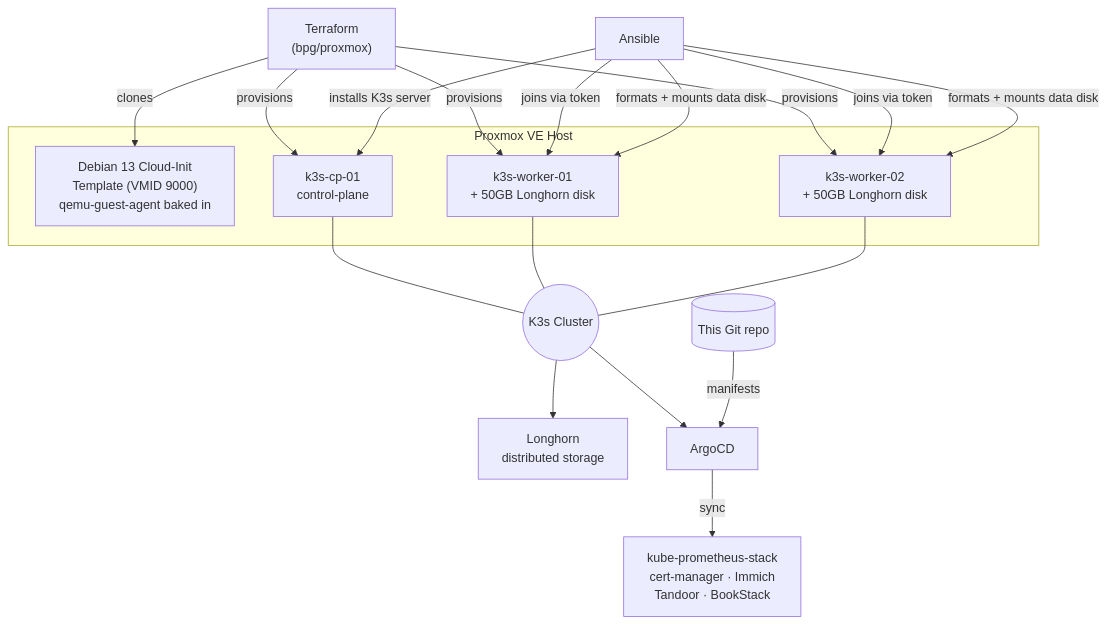
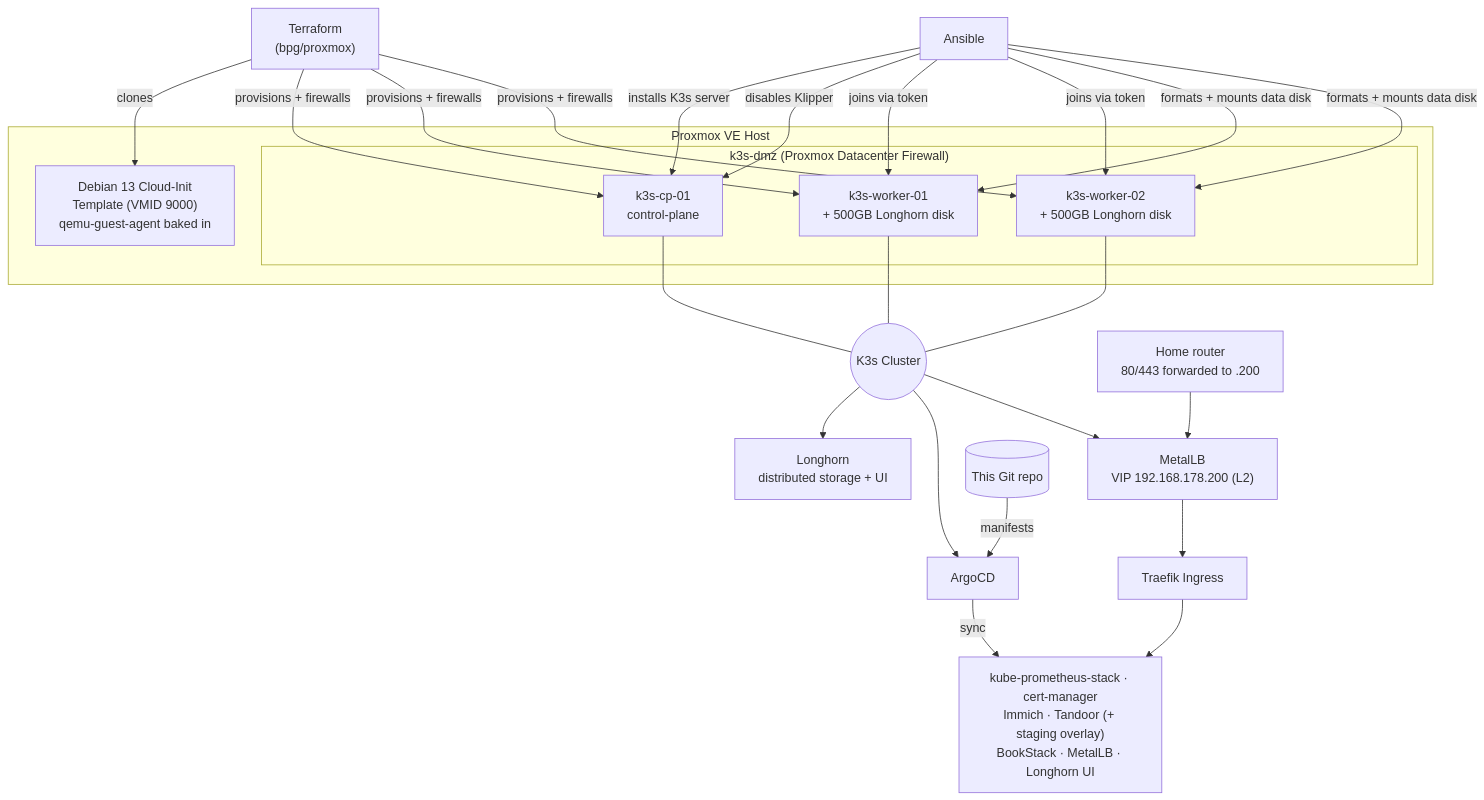
Before and after one commit to MatthiasWeier/remote-devops-lab: the diagram in docs/01-setup-and-runbook.md, drawn with Mermaid. The commit also changed other lines of this file and 2 other files, not shown here.

First line of the commit message:
docs: add cluster auto-doc script and document firewall/MetalLB/staging rollout

````diff
--- a/docs/01-setup-and-runbook.md
+++ b/docs/01-setup-and-runbook.md
@@ -11,30 +11,38 @@
 ```mermaid
 flowchart TB
     subgraph host["Proxmox VE Host"]
         TMPL["Debian 13 Cloud-Init<br/>Template (VMID 9000)<br/>qemu-guest-agent baked in"]
-        CP["k3s-cp-01<br/>control-plane"]
-        W1["k3s-worker-01<br/>+ 50GB Longhorn disk"]
-        W2["k3s-worker-02<br/>+ 50GB Longhorn disk"]
+        subgraph dmz["k3s-dmz (Proxmox Datacenter Firewall)"]
+            CP["k3s-cp-01<br/>control-plane"]
+            W1["k3s-worker-01<br/>+ 500GB Longhorn disk"]
+            W2["k3s-worker-02<br/>+ 500GB Longhorn disk"]
+        end
     end
 
     TF["Terraform<br/>(bpg/proxmox)"] -->|clones| TMPL
-    TF -->|provisions| CP
-    TF -->|provisions| W1
-    TF -->|provisions| W2
+    TF -->|provisions + firewalls| CP
+    TF -->|provisions + firewalls| W1
+    TF -->|provisions + firewalls| W2
 
     ANS["Ansible"] -->|installs K3s server| CP
+    ANS -->|disables Klipper| CP
     ANS -->|joins via token| W1
     ANS -->|joins via token| W2
     ANS -->|formats + mounts data disk| W1
     ANS -->|formats + mounts data disk| W2
 
     CP --- K3S(("K3s Cluster"))
     W1 --- K3S
     W2 --- K3S
 
-    K3S --> LH["Longhorn<br/>distributed storage"]
+    K3S --> LH["Longhorn<br/>distributed storage + UI"]
     K3S --> ARGO["ArgoCD"]
+    K3S --> MLB["MetalLB<br/>VIP 192.168.178.200 (L2)"]
+
+    ROUTER["Home router<br/>80/443 forwarded to .200"] --> MLB
+    MLB --> TRAEFIK["Traefik Ingress"]
+    TRAEFIK --> APPS
 
     GIT[("This Git repo")] -->|manifests| ARGO
-    ARGO -->|sync| APPS["kube-prometheus-stack<br/>cert-manager · Immich<br/>Tandoor · BookStack"]
+    ARGO -->|sync| APPS["kube-prometheus-stack · cert-manager<br/>Immich · Tandoor (+ staging overlay)<br/>BookStack · MetalLB · Longhorn UI"]
 ```
````
